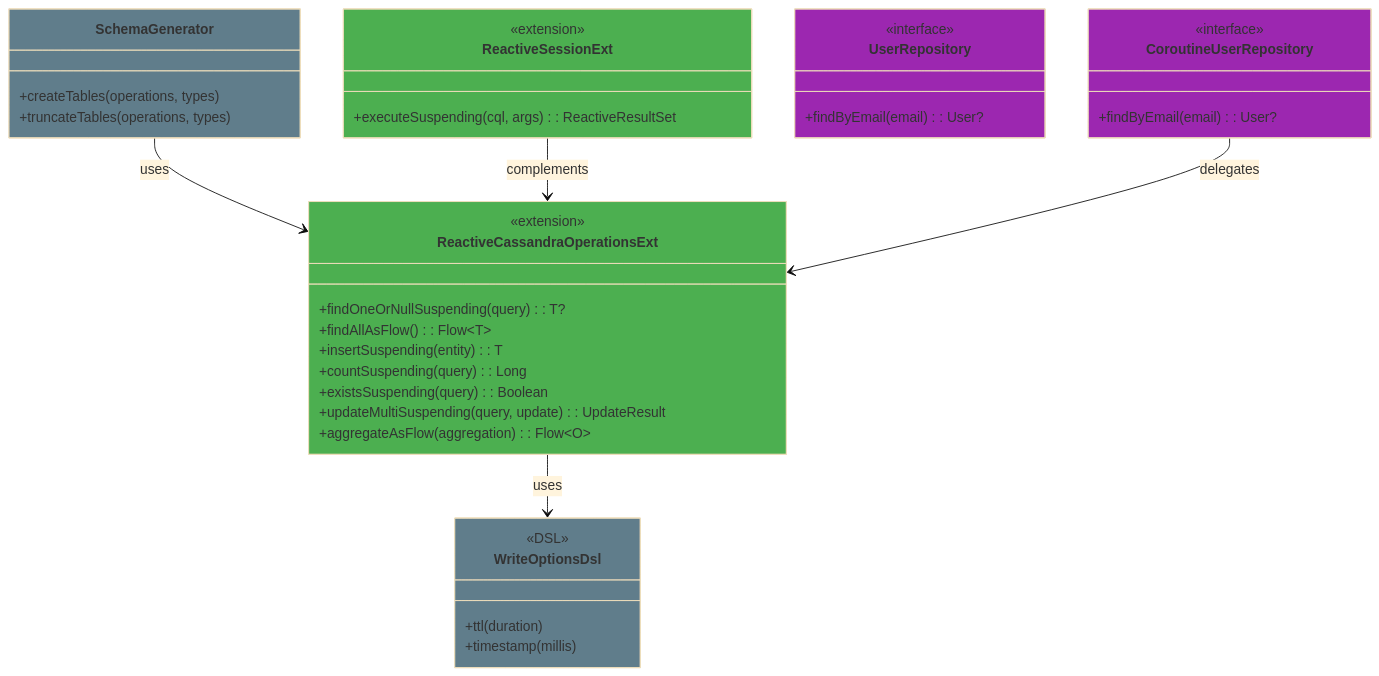
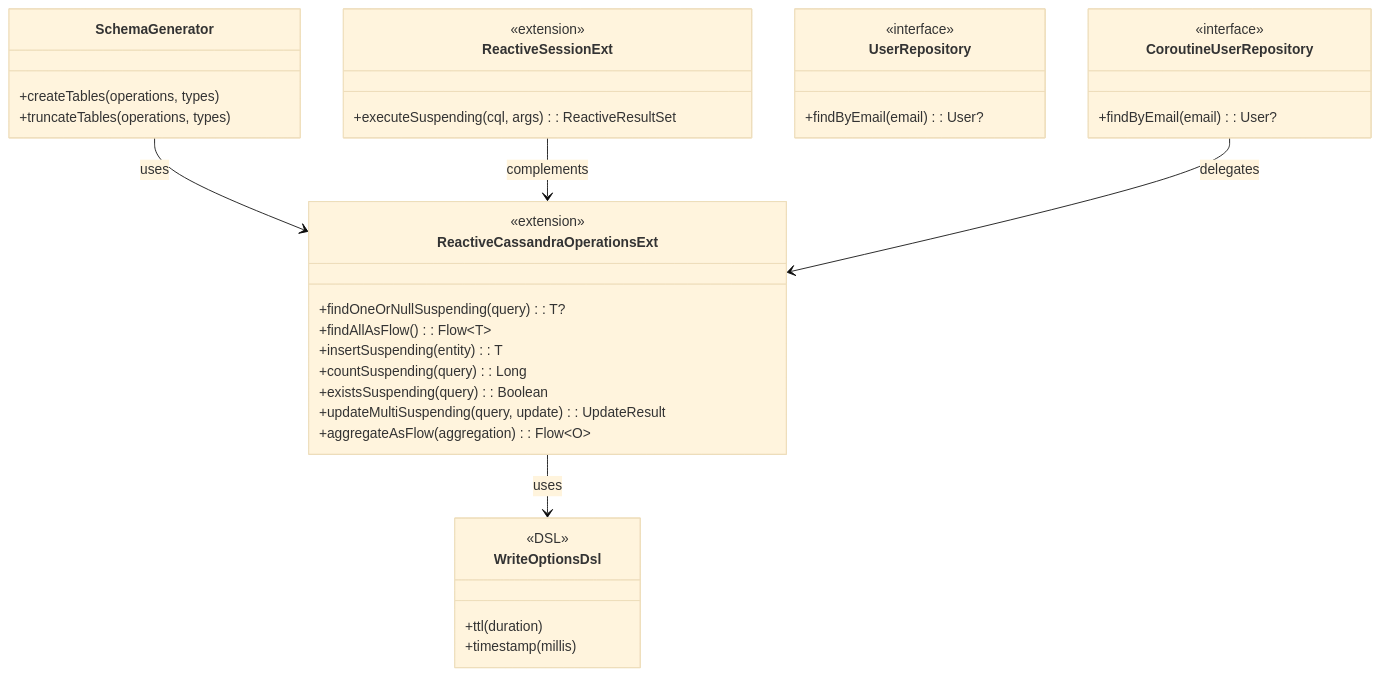
The first of 3 diagrams in spring-boot4/cassandra/README.md (bluetape4k/bluetape4k-projects), drawn with Mermaid (base theme) before and after one commit. The commit also changed 95 other files, not shown here.

First line of the commit message:
docs: Mermaid 파서 오류 전체 수정 (IntelliJ IDEA 호환)

````diff
--- a/spring-boot4/cassandra/README.md
+++ b/spring-boot4/cassandra/README.md
@@ -72,45 +72,39 @@
 ```mermaid
 classDiagram
-    class ReactiveCassandraOperationsExt:::serviceStyle {
+    class ReactiveCassandraOperationsExt {
         <<extension>>
         +findOneOrNullSuspending(query): T?
         +findAllAsFlow(): Flow~T~
         +insertSuspending(entity): T
         +countSuspending(query): Long
         +existsSuspending(query): Boolean
         +updateMultiSuspending(query, update): UpdateResult
         +aggregateAsFlow(aggregation): Flow~O~
     }
-    class ReactiveSessionExt:::serviceStyle {
+    class ReactiveSessionExt {
         <<extension>>
         +executeSuspending(cql, args): ReactiveResultSet
     }
-    class WriteOptionsDsl:::configStyle {
+    class WriteOptionsDsl {
         <<DSL>>
         +ttl(duration)
         +timestamp(millis)
     }
-    class SchemaGenerator:::configStyle {
+    class SchemaGenerator {
         +createTables(operations, types)
         +truncateTables(operations, types)
     }
-    class UserRepository:::repoStyle {
+    class UserRepository {
         <<interface>>
         +findByEmail(email): User?
     }
-    class CoroutineUserRepository:::repoStyle {
+    class CoroutineUserRepository {
         <<interface>>
         +findByEmail(email): User?
     }
-    classDef controllerStyle fill:#2196F3
-    classDef serviceStyle fill:#4CAF50
-    classDef repoStyle fill:#9C27B0
-    classDef entityStyle fill:#FF9800
-    classDef configStyle fill:#607D8B
-    classDef cacheStyle fill:#F44336
 
     ReactiveCassandraOperationsExt --> WriteOptionsDsl : uses
     SchemaGenerator --> ReactiveCassandraOperationsExt : uses
     ReactiveSessionExt --> ReactiveCassandraOperationsExt : complements
     CoroutineUserRepository --> ReactiveCassandraOperationsExt : delegates
 ```
````
